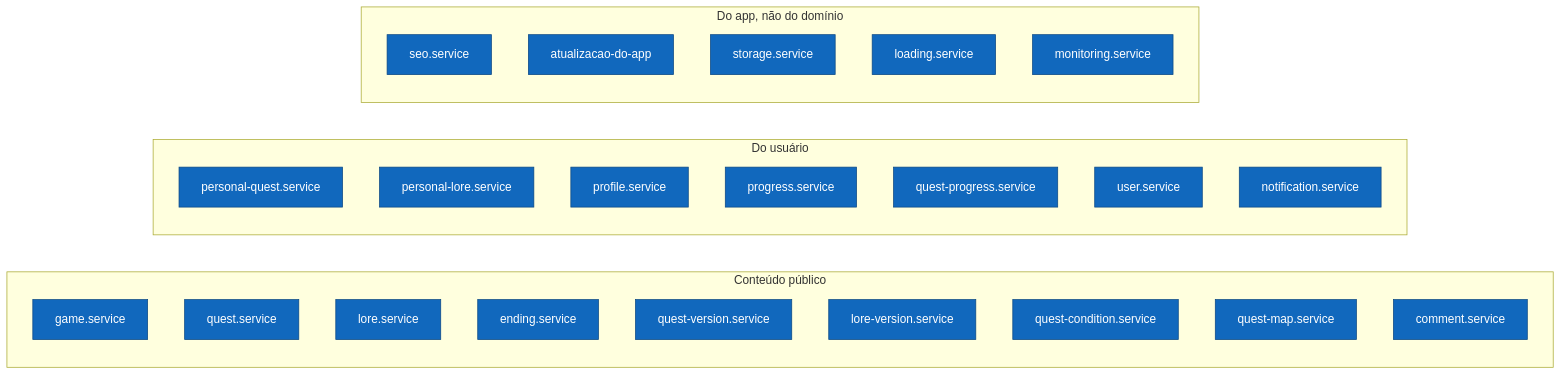
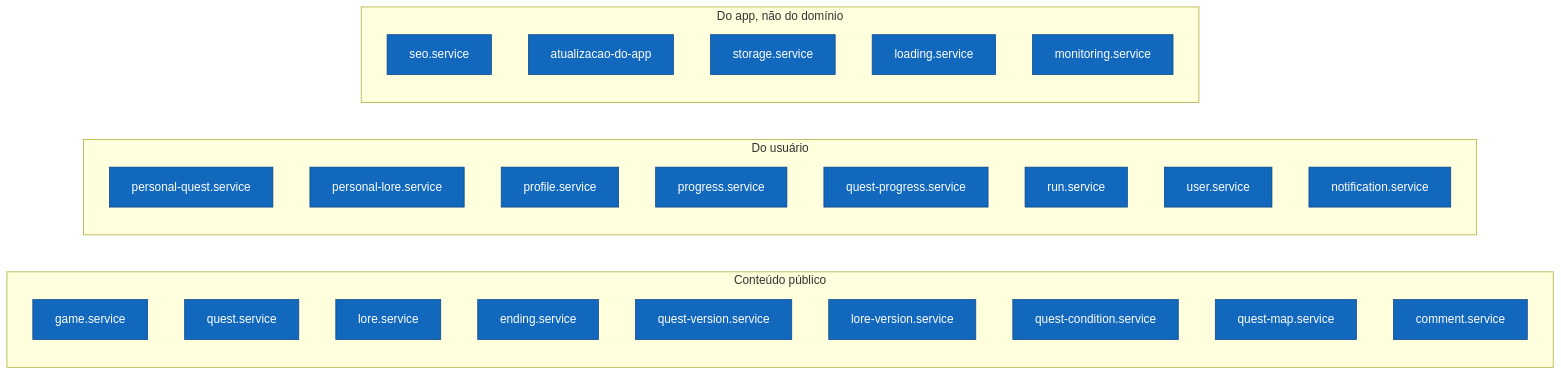
Before and after one commit to xcorpiiion/souls-guide-front: the second of 3 diagrams in docs/arquitetura/c4-3-componentes-front.md, drawn with Mermaid. The commit also changed 11 other files, not shown here.

````diff
--- a/docs/arquitetura/c4-3-componentes-front.md
+++ b/docs/arquitetura/c4-3-componentes-front.md
@@ -68,35 +68,36 @@
 ```mermaid
 flowchart LR
     subgraph conteudo ["Conteúdo público"]
         game["game.service"]
         quest["quest.service"]
         lore["lore.service"]
         ending["ending.service"]
         questVersion["quest-version.service"]
         loreVersion["lore-version.service"]
         questCondition["quest-condition.service"]
         questMap["quest-map.service"]
         comment["comment.service"]
     end
 
     subgraph pessoal ["Do usuário"]
         personalQuest["personal-quest.service"]
         personalLore["personal-lore.service"]
         profile["profile.service"]
         progress["progress.service"]
         questProgress["quest-progress.service"]
+        run["run.service"]
         user["user.service"]
         notification["notification.service"]
     end
 
     subgraph infra ["Do app, não do domínio"]
         seo["seo.service"]
         atualizacao["atualizacao-do-app"]
         storage["storage.service"]
         loading["loading.service"]
         monitoring["monitoring.service"]
     end
 
     classDef s fill:#1168bd,stroke:#0b4884,color:#fff
-    class game,quest,lore,ending,questVersion,loreVersion,questCondition,questMap,comment,personalQuest,personalLore,profile,progress,questProgress,user,notification,seo,atualizacao,storage,loading,monitoring s
+    class game,quest,lore,ending,questVersion,loreVersion,questCondition,questMap,comment,personalQuest,personalLore,profile,progress,questProgress,run,user,notification,seo,atualizacao,storage,loading,monitoring s
 ```
````
